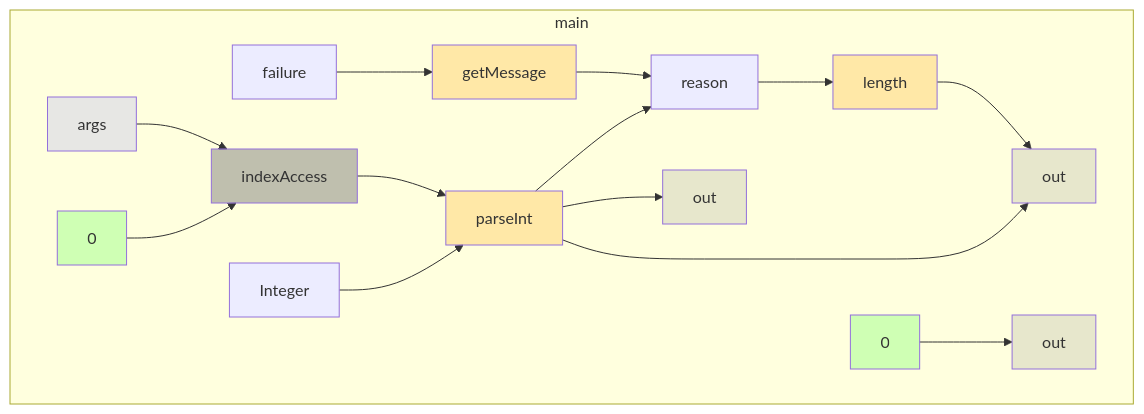
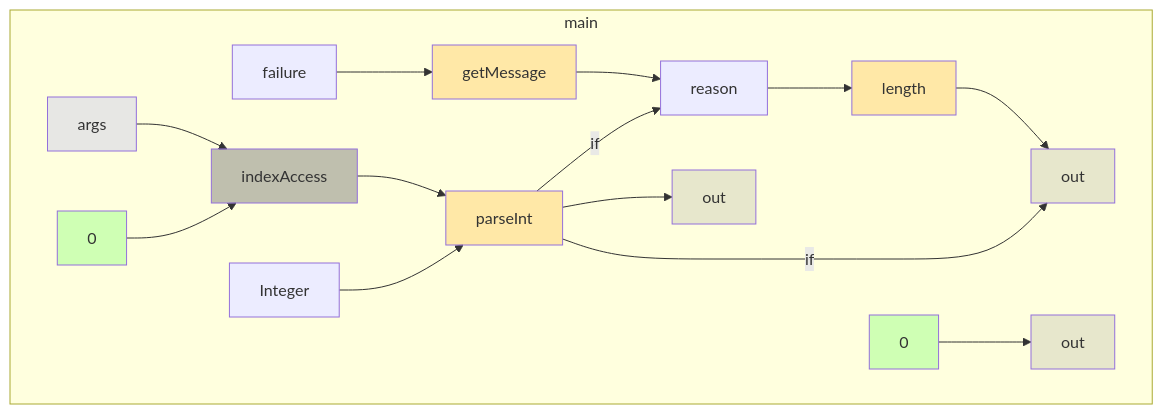
One commit to gstiebler/codeflow changed the diagram in app/src/test/resources/catchParameter/spike-truth.md. Above: the diagram before and after it, drawn with Mermaid. The commit also changed 3 other files, not shown here.

````diff
--- a/app/src/test/resources/catchParameter/spike-truth.md
+++ b/app/src/test/resources/catchParameter/spike-truth.md
@@ -3,37 +3,37 @@
 ```mermaid
 flowchart TD
   subgraph m0["main"]
     n0["indexAccess"]:::BIN_OP
     n1["getMessage"]:::EXTERNAL
     n2["length"]:::EXTERNAL
     n3["parseInt"]:::EXTERNAL
     n4["args"]:::FUNC_PARAM
     n5["0"]:::LITERAL
     n6["0"]:::LITERAL
     n7["reason"]:::OBJ_VARIABLE
     n8["Integer"]:::OBJ_VARIABLE
     n9["failure"]:::OBJ_VARIABLE
     n10["out"]:::VARIABLE
     n11["out"]:::VARIABLE
     n12["out"]:::VARIABLE
   end
   n0 --> n3
   n1 --> n7
   n2 --> n11
   n3 --> n10
-  n3 --> n11
-  n3 --> n7
+  n3 -->|if| n11
+  n3 -->|if| n7
   n4 --> n0
   n5 --> n0
   n6 --> n12
   n7 --> n2
   n8 --> n3
   n9 --> n1
   classDef LITERAL fill:#00FF0030
   classDef VARIABLE fill:#80808030
   classDef BIN_OP fill:#80808080
   classDef FUNC_PARAM fill:#8080FF30
   classDef RETURN fill:#FF808080
   classDef EXTERNAL fill:#FFA50040
   classDef UNMODELLED fill:#FF000030,stroke-dasharray: 4 2
 ```
````
